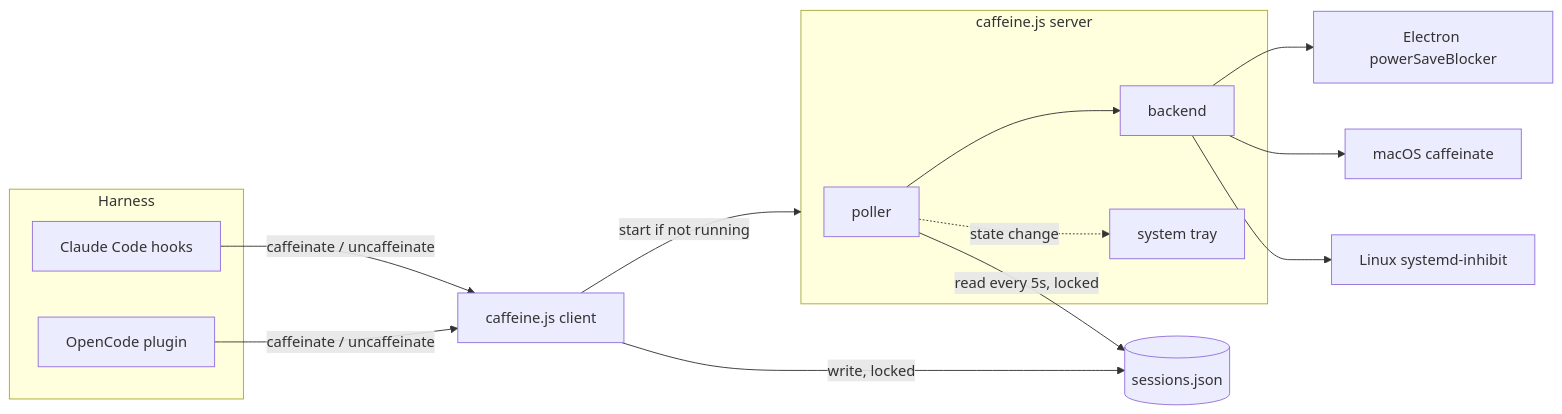
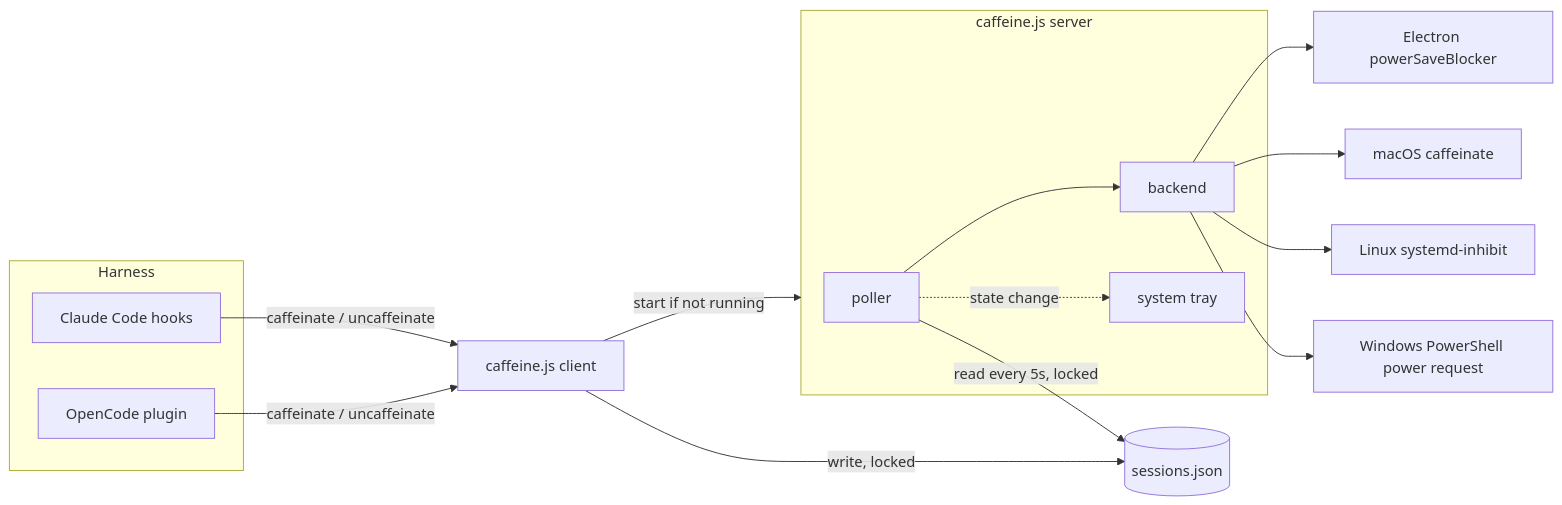
The diagram in ARCHITECTURE.md (dakotahp/agentic-insomnia), drawn with Mermaid before and after one commit. The commit also changed other lines of this file and 12 other files, not shown here.

````diff
--- a/ARCHITECTURE.md
+++ b/ARCHITECTURE.md
@@ -21,19 +21,20 @@
 ```mermaid
 flowchart LR
   subgraph Harness
     CC[Claude Code hooks]
     OC[OpenCode plugin]
   end
   subgraph Server[caffeine.js server]
     P[poller] --> B[backend]
     P -.->|state change| T[system tray]
   end
   CC -->|caffeinate / uncaffeinate| CLI[caffeine.js client]
   OC -->|caffeinate / uncaffeinate| CLI
   CLI -->|write, locked| SF[(sessions.json)]
   CLI -->|start if not running| Server
   P -->|read every 5s, locked| SF
   B --> E[Electron powerSaveBlocker]
   B --> M[macOS caffeinate]
   B --> L[Linux systemd-inhibit]
+  B --> W[Windows PowerShell power request]
 ```
````
